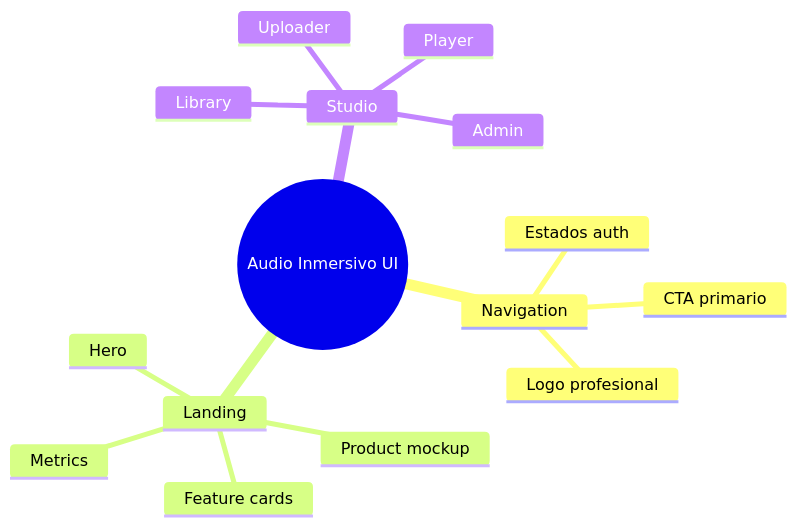
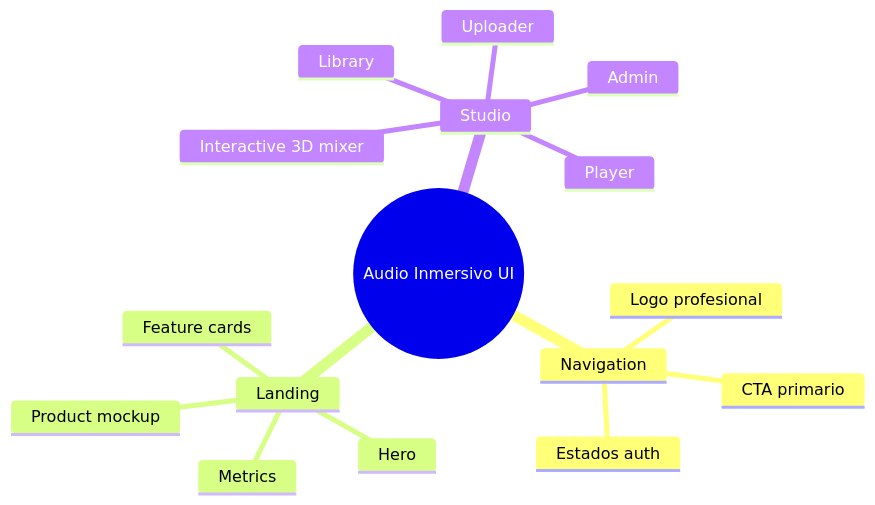
Before and after one commit to EmmiSiu/rommag_studio: the second of 2 diagrams in docs/ui.md, drawn with Mermaid. The commit also changed other lines of this file and 18 other files, not shown here.

````diff
--- a/docs/ui.md
+++ b/docs/ui.md
@@ -30,18 +30,19 @@
 ```mermaid
 mindmap
   root((Audio Inmersivo UI))
     Navigation
       Logo profesional
       CTA primario
       Estados auth
     Landing
       Hero
       Product mockup
       Feature cards
       Metrics
     Studio
       Uploader
       Library
       Player
+      Interactive 3D mixer
       Admin
 ```
````
